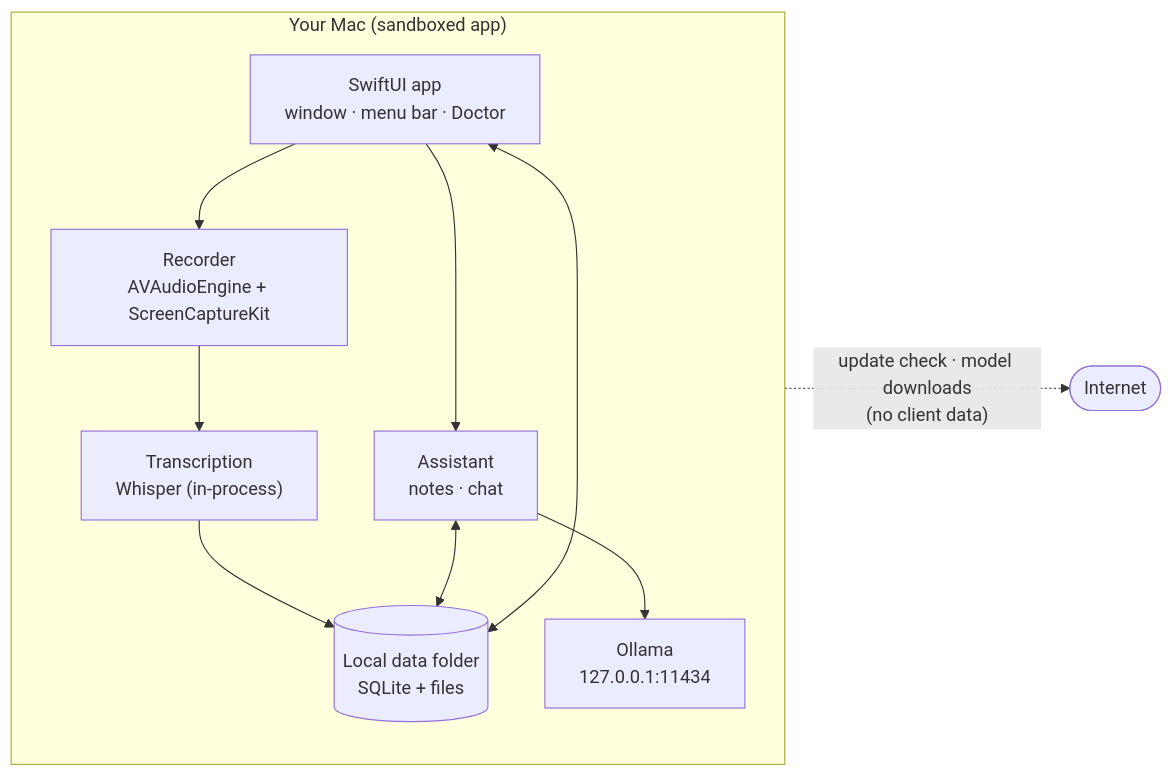
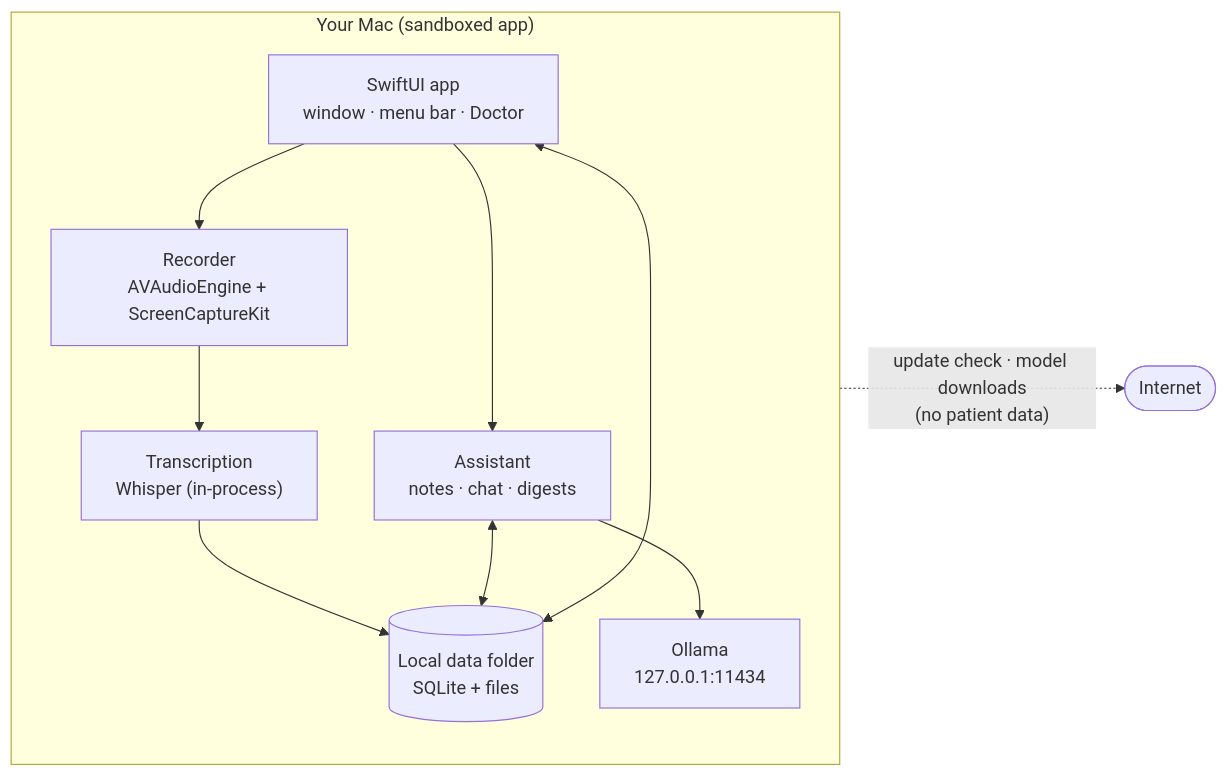
Before and after one commit to mgwedd/aletheia: the first of 3 diagrams in README.md, drawn with Mermaid. The commit also changed other lines of this file and 3 other files, not shown here.

````diff
--- a/README.md
+++ b/README.md
@@ -79,17 +71,17 @@
 ```mermaid
 flowchart LR
   subgraph Mac["Your Mac (sandboxed app)"]
     UI["SwiftUI app<br/>window · menu bar · Doctor"]
     REC["Recorder<br/>AVAudioEngine + ScreenCaptureKit"]
     STT["Transcription<br/>Whisper (in-process)"]
-    AI["Assistant<br/>notes · chat"]
+    AI["Assistant<br/>notes · chat · digests"]
     DB[("Local data folder<br/>SQLite + files")]
     LLM["Ollama<br/>127.0.0.1:11434"]
     UI --> REC --> STT --> DB
     UI --> AI --> LLM
     AI <--> DB
     UI <--> DB
   end
   NET(["Internet"])
-  Mac -. "update check · model downloads<br/>(no client data)" .-> NET
+  Mac -. "update check · model downloads<br/>(no patient data)" .-> NET
 ```
````
